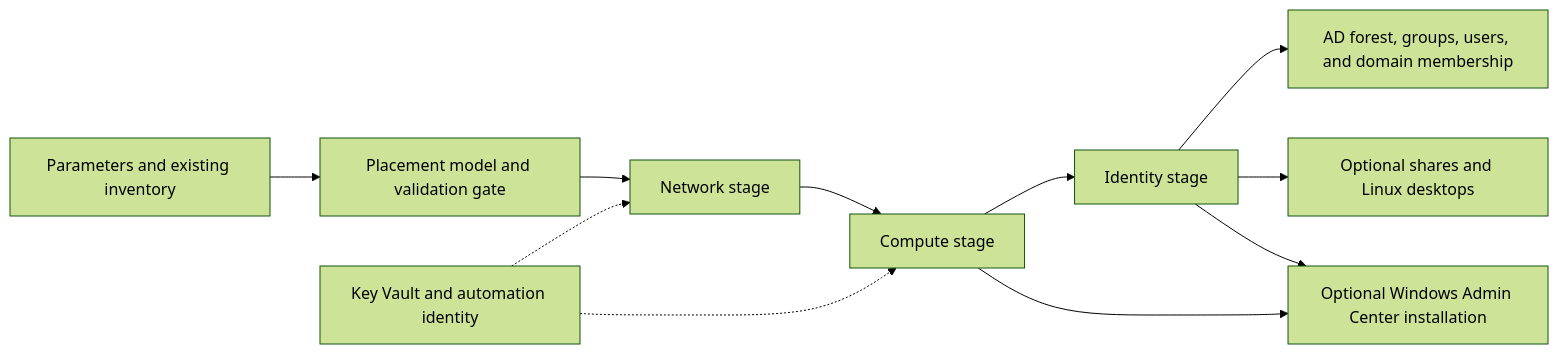
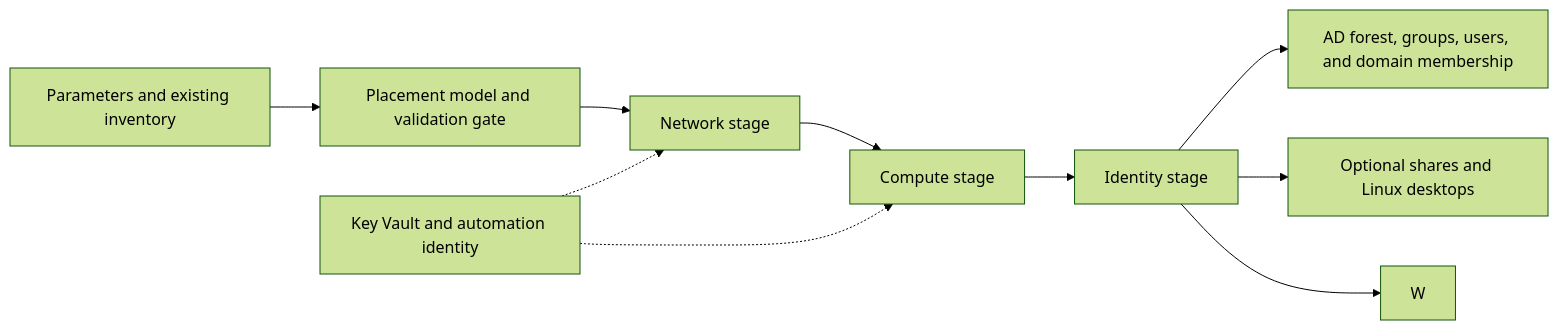
One commit to andriesdutoit-svg/azure-multiregion-lab changed the first of 2 diagrams in docs/architecture.md. Above: the diagram before and after it, drawn with Mermaid (forest theme). The commit also changed other lines of this file and 11 other files, not shown here.

First line of the commit message:
Add installation script for Windows Admin Center (WAC)

````diff
--- a/docs/architecture.md
+++ b/docs/architecture.md
@@ -13,13 +13,12 @@
 ```mermaid
 flowchart LR
   P[Parameters and existing inventory] --> R[Placement model and validation gate]
   R --> N[Network stage]
   N --> C[Compute stage]
   C --> I[Identity stage]
   F[Key Vault and automation identity] -.-> N
   F -.-> C
   I --> A[AD forest, groups, users, and domain membership]
   I --> O[Optional shares and Linux desktops]
-  C --> W[Optional Windows Admin Center installation]
   I --> W
 ```
````
